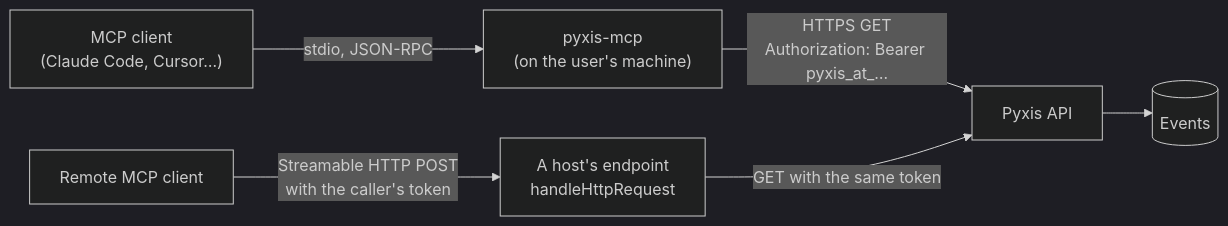
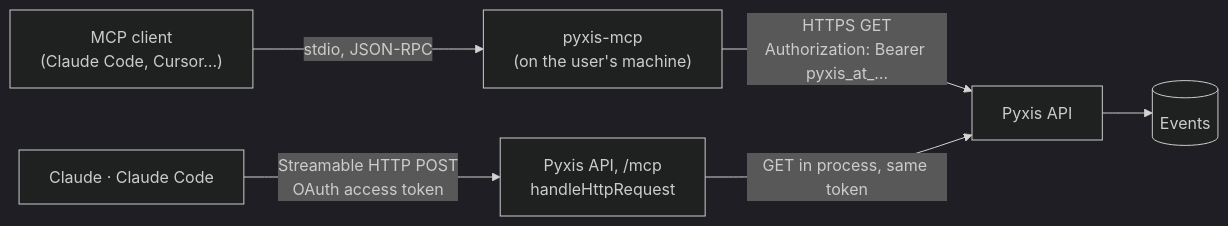
One commit to samuelcsantana/pyxis-mcp changed the diagram in README.md. Above: the diagram before and after it, drawn with Mermaid (dark theme). The commit also changed other lines of this file, not shown here.

First line of the commit message:
docs(readme): explain how to connect Pyxis from Claude

````diff
--- a/README.md
+++ b/README.md
@@ -162,8 +198,8 @@
 ```mermaid
 flowchart LR
   Agent["MCP client<br>(Claude Code, Cursor…)"] -- "stdio, JSON-RPC" --> Server["pyxis-mcp<br>(on the user's machine)"]
   Server -- "HTTPS GET<br>Authorization: Bearer pyxis_at_…" --> API["Pyxis API"]
-  Remote["Remote MCP client"] -- "Streamable HTTP POST<br>with the caller's token" --> Host["A host's endpoint<br>handleHttpRequest"]
-  Host -- "GET with the same token" --> API
+  Remote["Claude · Claude Code"] -- "Streamable HTTP POST<br>OAuth access token" --> Host["Pyxis API, /mcp<br>handleHttpRequest"]
+  Host -- "GET in process, same token" --> API
   API --> DB[("Events")]
 ```
````
